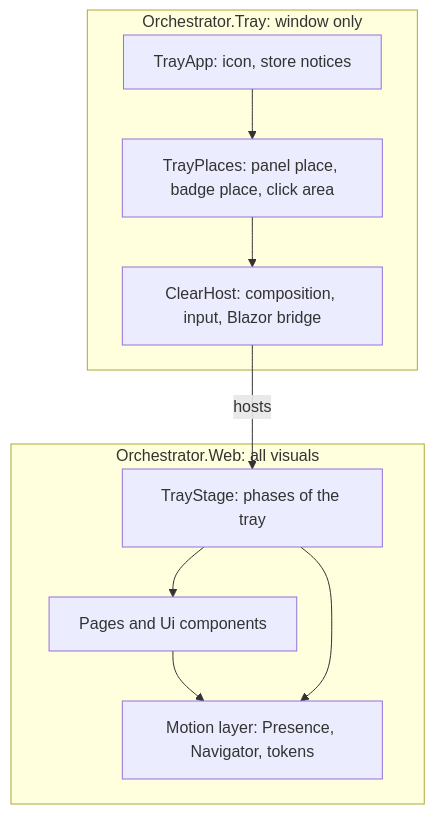
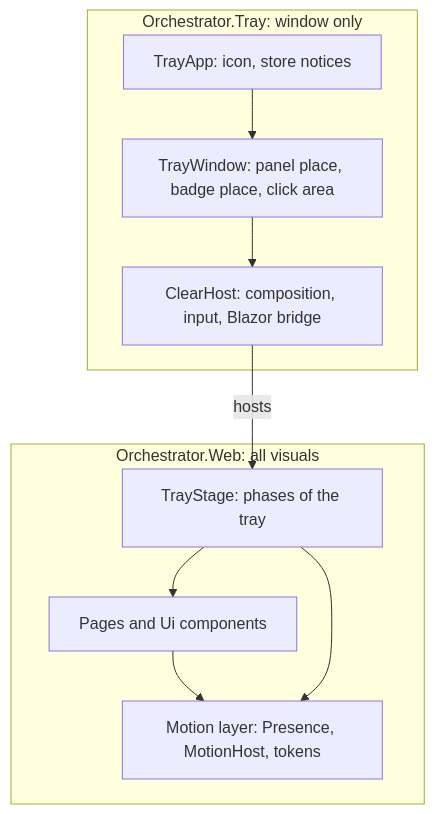
Before and after one commit to MgCohen/playground: the first of 2 diagrams in session-orchestrator/docs/tray-redesign-plan.md, drawn with Mermaid. The commit also changed other lines of this file and 5 other files, not shown here.

````diff
--- a/session-orchestrator/docs/tray-redesign-plan.md
+++ b/session-orchestrator/docs/tray-redesign-plan.md
@@ -9,19 +9,19 @@
 ```mermaid
 flowchart TB
     subgraph Tray[Orchestrator.Tray: window only]
         App[TrayApp: icon, store notices]
         Host[ClearHost: composition, input, Blazor bridge]
-        Places[TrayPlaces: panel place, badge place, click area]
+        Places[TrayWindow: panel place, badge place, click area]
     end
     subgraph Web[Orchestrator.Web: all visuals]
         Stage[TrayStage: phases of the tray]
-        Motion[Motion layer: Presence, Navigator, tokens]
+        Motion[Motion layer: Presence, MotionHost, tokens]
         Views[Pages and Ui components]
     end
     App --> Places
     Places --> Host
     Host -->|hosts| Stage
     Stage --> Views
     Views --> Motion
     Stage --> Motion
 ```
````
